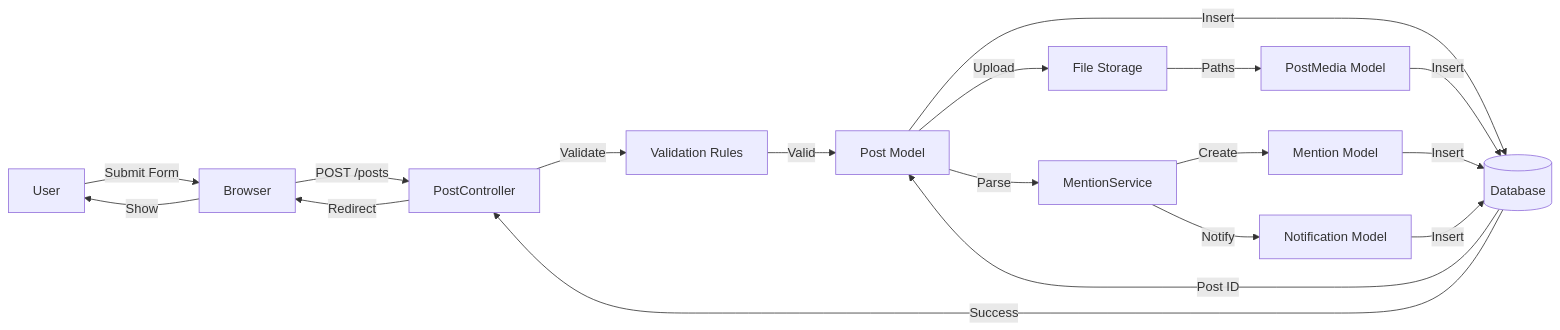
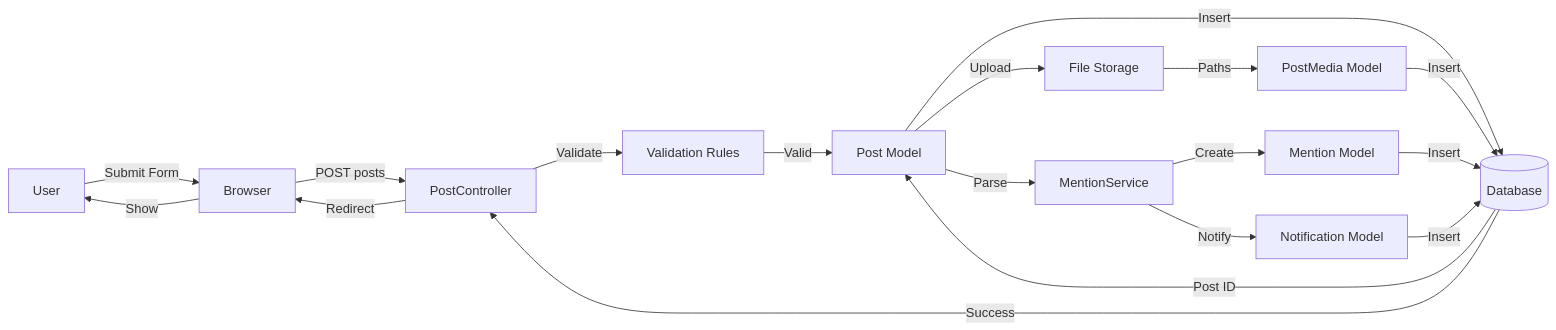
Diagram 26 of 29 in UML.md (vd120/laravel_project), drawn with Mermaid before and after one commit. The commit also changed other lines of this file, not shown here.

````diff
--- a/UML.md
+++ b/UML.md
@@ -1289,20 +1269,20 @@
 ```mermaid
 flowchart LR
     U[User] -->|Submit Form| B[Browser]
-    B -->|POST /posts| LC[PostController]
+    B -->|POST posts| LC[PostController]
     LC -->|Validate| VR[Validation Rules]
     VR -->|Valid| PM[Post Model]
     PM -->|Insert| DB[(Database)]
     DB -->|Post ID| PM
     PM -->|Upload| FS[File Storage]
     FS -->|Paths| PMM[PostMedia Model]
     PMM -->|Insert| DB
     PM -->|Parse| MS[MentionService]
     MS -->|Create| MN[Mention Model]
     MN -->|Insert| DB
     MS -->|Notify| NM[Notification Model]
     NM -->|Insert| DB
     DB -->|Success| LC
     LC -->|Redirect| B
     B -->|Show| U
 ```
````
